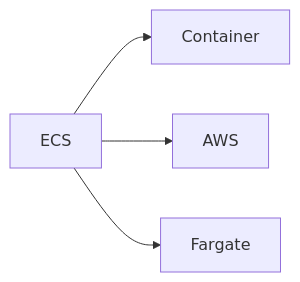
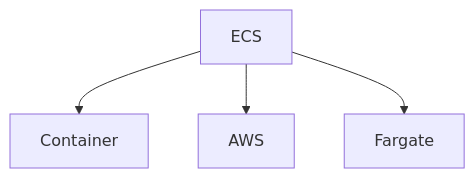
Before and after one commit to zyrass/omnydocs: the ninth of 31 diagrams in docs/glossaire/cloud-computing.md, drawn with Mermaid. The commit also changed other lines of this file and 1780 other files, not shown here.

````diff
--- a/docs/glossaire/cloud-computing.md
+++ b/docs/glossaire/cloud-computing.md
@@ -184,6 +222,6 @@
-    ```mermaid
-    graph LR
-        A[ECS] --> B[Container]
-        A --> C[AWS]
-        A --> D[Fargate]
-    ```
+```mermaid
+graph TB
+    A[ECS] --> B[Container]
+    A --> C[AWS]
+    A --> D[Fargate]
+```
````
